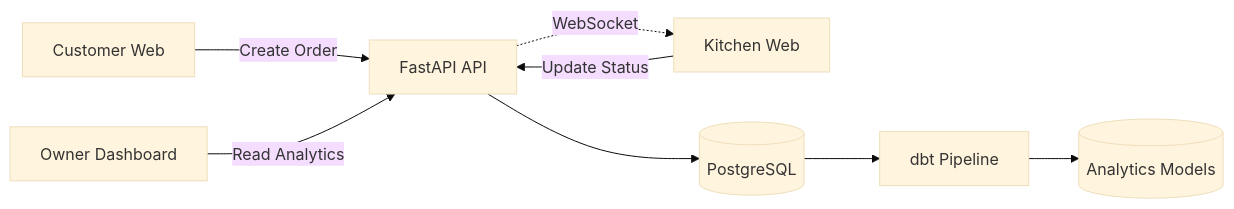
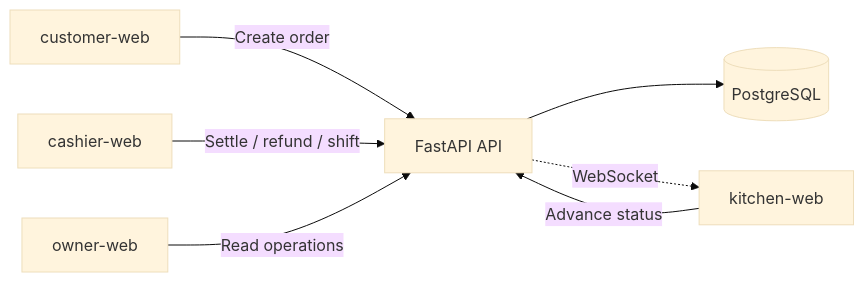
One commit to OzgurKaptann/sweetops changed the diagram in README.md. Above: the diagram before and after it, drawn with Mermaid (base theme). The commit also changed other lines of this file and 1 other file, not shown here.

Commit message:
docs: refresh README and product roadmap

````diff
--- a/README.md
+++ b/README.md
@@ -33,12 +112,10 @@
 ```mermaid
 flowchart LR
-    C[Customer Web] -->|Create Order| API[FastAPI API]
-    K[Kitchen Web] -->|Update Status| API
-    O[Owner Dashboard] -->|Read Analytics| API
+    C[customer-web] -->|Create order| API[FastAPI API]
+    K[kitchen-web] -->|Advance status| API
+    CA[cashier-web] -->|Settle / refund / shift| API
+    O[owner-web] -->|Read operations| API
 
     API --> DB[(PostgreSQL)]
-    DB --> DBT[dbt Pipeline]
-    DBT --> A[(Analytics Models)]
-
     API -. WebSocket .-> K
 ```
````
